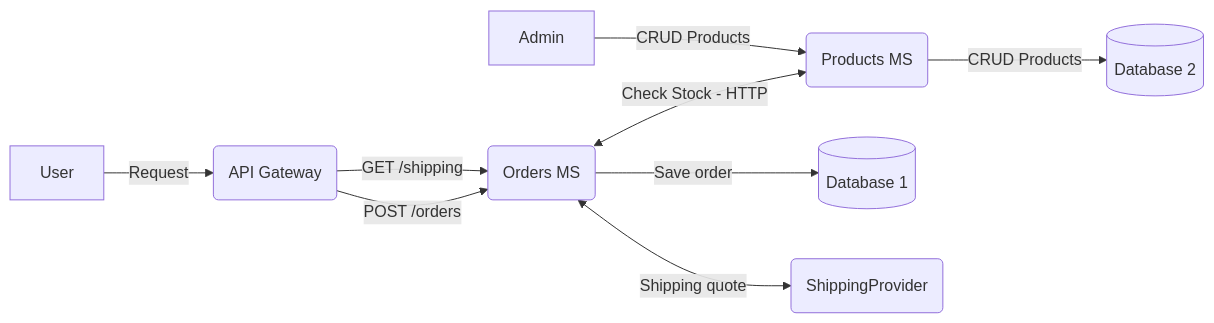
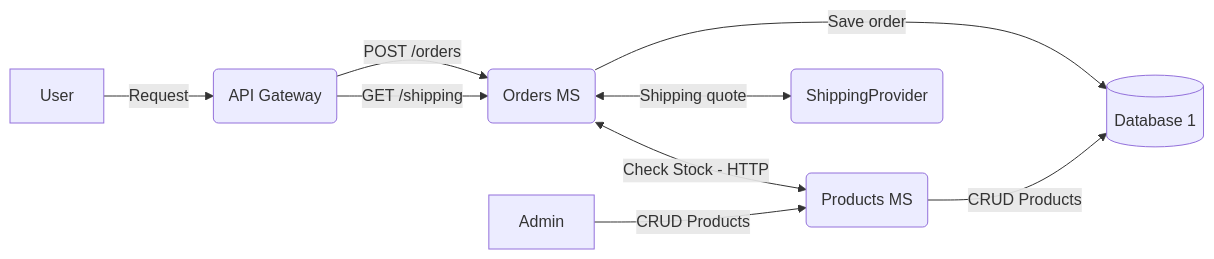
The first of 3 diagrams in README.md (LuizFantin/order-products-ms-nestjs), drawn with Mermaid before and after one commit.

````diff
--- a/README.md
+++ b/README.md
@@ -5,22 +5,21 @@
 ```mermaid
 flowchart LR
 
     User[User]
     Gateway(API Gateway)
     MS1(Orders MS)
     MS2(Products MS)
     db1[(Database 1)]
     Shipping(ShippingProvider)
-    db2[(Database 2)]
     Admin
 
     User -->|Request| Gateway
     Gateway -->|POST /orders| MS1
     Gateway -->|GET /shipping| MS1
     MS1 <--> |Check Stock - HTTP| MS2
     MS1 <--> |Shipping quote| Shipping
     MS1 -->|Save order| db1
-    MS2 -->|CRUD Products| db2
+    MS2 -->|CRUD Products| db1
 
     Admin --> |CRUD Products| MS2
 ```
````
